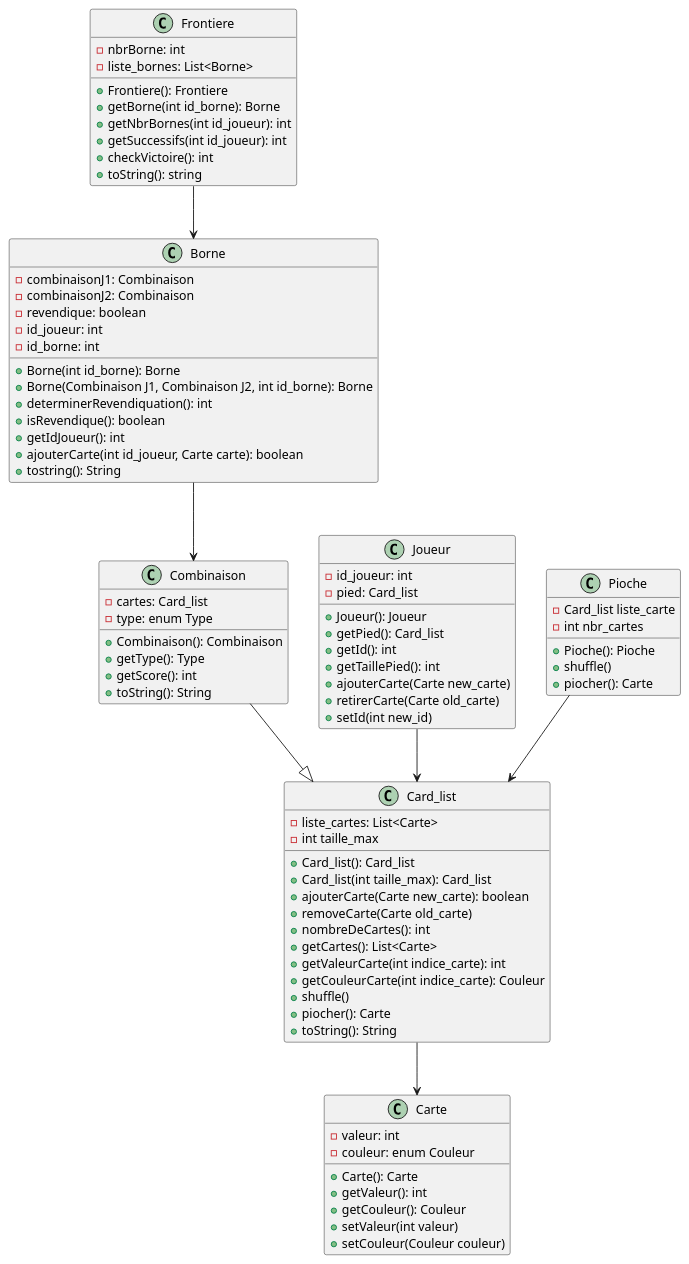
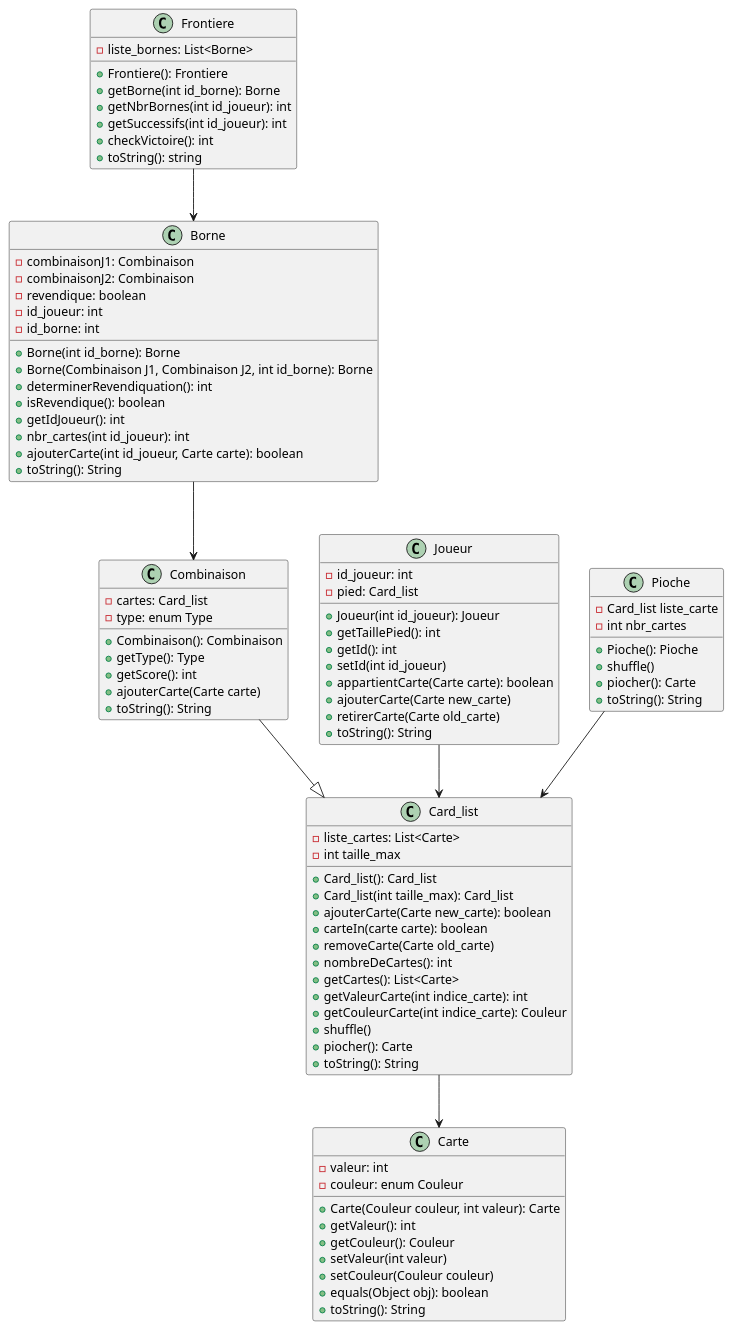
Before and after one commit to Pagatok/pg220: the diagram in src/diagrams/model.puml, drawn with PlantUML. The commit also changed 11 other files, not shown here.

```diff
--- a/src/diagrams/model.puml
+++ b/src/diagrams/model.puml
@@ -1,94 +1,103 @@
 @startuml model
 
 class Carte{
     - valeur: int
     - couleur: enum Couleur
-    + Carte(): Carte
+    + Carte(Couleur couleur, int valeur): Carte
     + getValeur(): int
     + getCouleur(): Couleur
     + setValeur(int valeur)
     + setCouleur(Couleur couleur)
+    + equals(Object obj): boolean
+    + toString(): String
 }
 
 class Combinaison{
     - cartes: Card_list
     - type: enum Type
+
     + Combinaison(): Combinaison 
     + getType(): Type 
     + getScore(): int 
+    + ajouterCarte(Carte carte)
     + toString(): String
 }
+
 
 class Joueur{
     - id_joueur: int
     - pied: Card_list
-    + Joueur(): Joueur
-    + getPied(): Card_list
+    + Joueur(int id_joueur): Joueur
+    + getTaillePied(): int
     + getId(): int
-    + getTaillePied(): int
+    + setId(int id_joueur)
+    + appartientCarte(Carte carte): boolean
     + ajouterCarte(Carte new_carte)
     + retirerCarte(Carte old_carte)
-    + setId(int new_id)
+    + toString(): String
 }
+
 
 class Card_list{
     - liste_cartes: List<Carte>
     - int taille_max
     + Card_list(): Card_list
     + Card_list(int taille_max): Card_list
     + ajouterCarte(Carte new_carte): boolean
+    + carteIn(carte carte): boolean
     + removeCarte(Carte old_carte)
     + nombreDeCartes(): int 
     + getCartes(): List<Carte> 
     + getValeurCarte(int indice_carte): int
     + getCouleurCarte(int indice_carte): Couleur
     + shuffle()
     + piocher(): Carte
     + toString(): String   
 }
 
 class Borne{
     - combinaisonJ1: Combinaison
     - combinaisonJ2: Combinaison
     - revendique: boolean
     - id_joueur: int
     - id_borne: int
     + Borne(int id_borne): Borne
     + Borne(Combinaison J1, Combinaison J2, int id_borne): Borne
     + determinerRevendiquation(): int
     + isRevendique(): boolean
     + getIdJoueur(): int
+    + nbr_cartes(int id_joueur): int
     + ajouterCarte(int id_joueur, Carte carte): boolean
-    + tostring(): String
+    + toString(): String
 }
 
 class Frontiere{
-    - nbrBorne: int
     - liste_bornes: List<Borne>
     + Frontiere(): Frontiere
     + getBorne(int id_borne): Borne
     + getNbrBornes(int id_joueur): int
     + getSuccessifs(int id_joueur): int
     + checkVictoire(): int
     + toString(): string
 }
 
 
 class Pioche{
     - Card_list liste_carte
     - int nbr_cartes
     + Pioche(): Pioche
     + shuffle()
     + piocher(): Carte
+    + toString(): String
 
 }
 
 Combinaison --|> Card_list
 Joueur --> Card_list
 Card_list --> Carte
 Borne --> Combinaison
 Frontiere --> Borne
 Pioche --> Card_list
 
 
 @enduml
```
